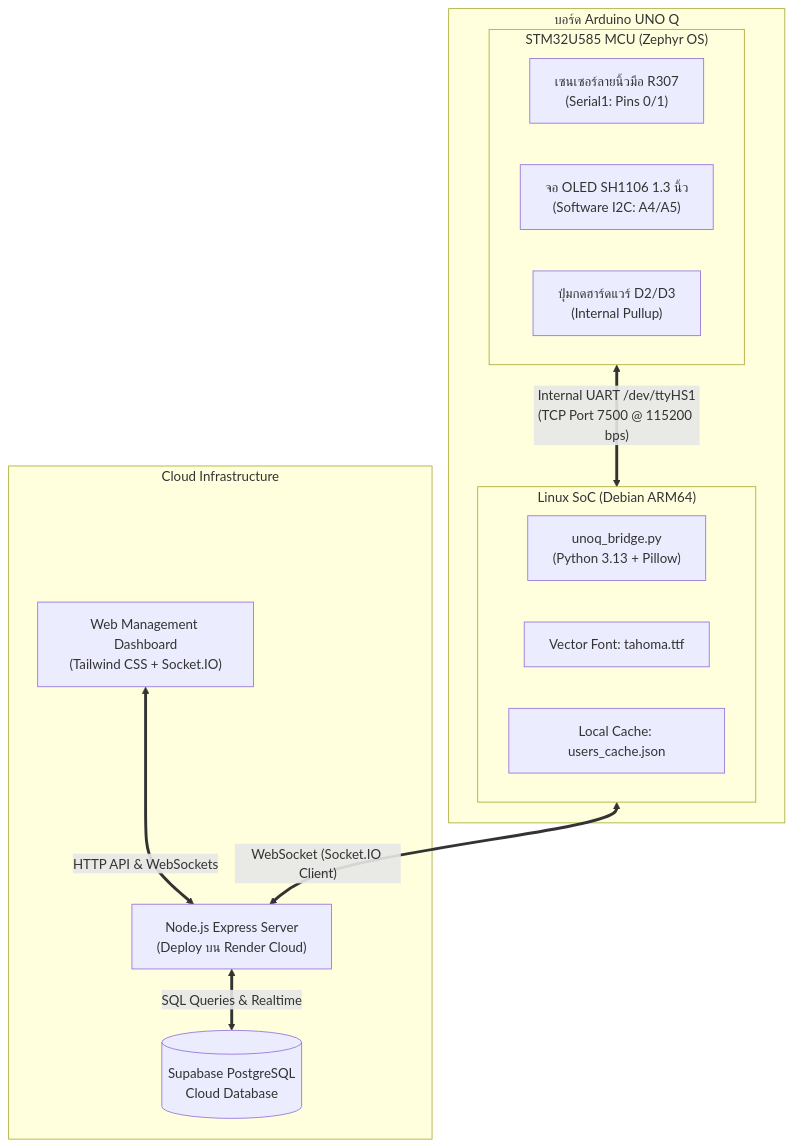
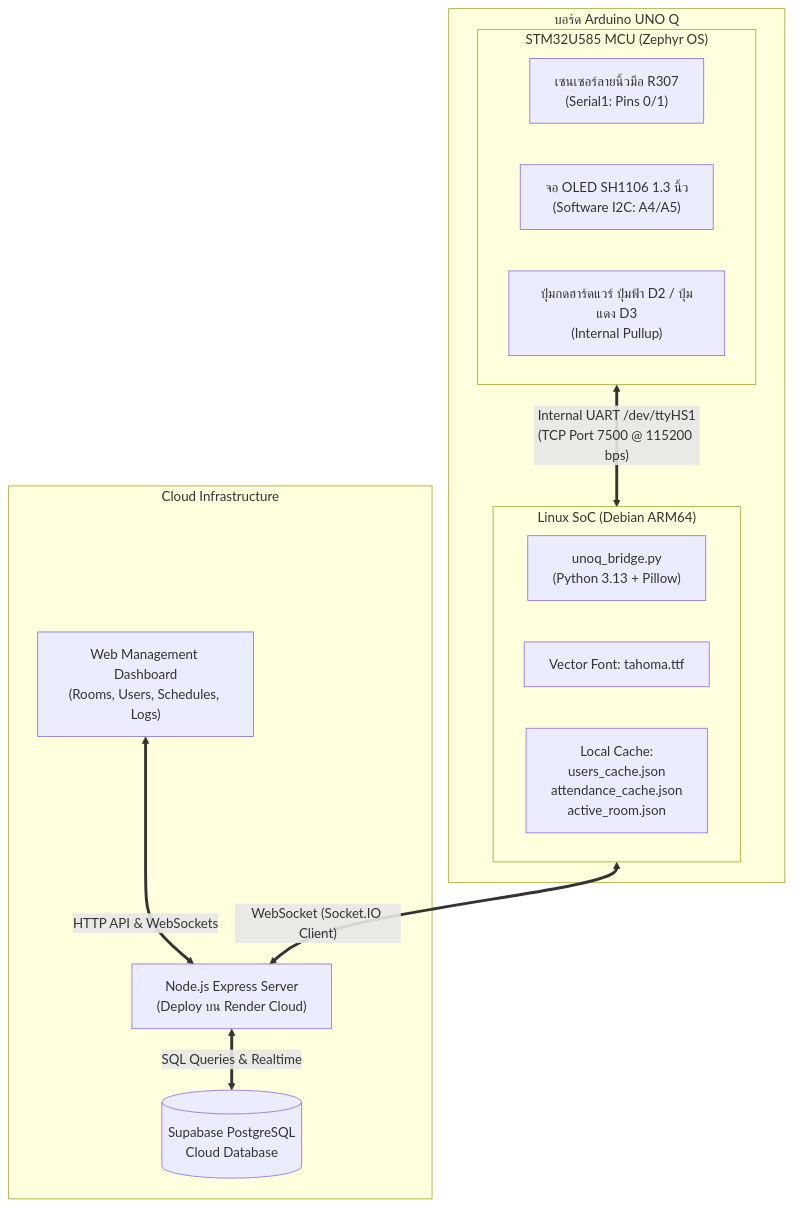
One commit to Poomwillbeprogrammer/Fingerprint changed the diagram in README.md. Above: the diagram before and after it, drawn with Mermaid. The commit also changed other lines of this file and 2 other files, not shown here.

Commit message:
docs: update README, DECISIONS, and SCRATCHPAD with multi-room, button colors, and idle screen fixes

````diff
--- a/README.md
+++ b/README.md
@@ -35,28 +45,28 @@
 ```mermaid
 flowchart TD
     subgraph Arduino_UNO_Q ["บอร์ด Arduino UNO Q"]
         subgraph STM32 ["STM32U585 MCU (Zephyr OS)"]
             R307["เซนเซอร์ลายนิ้วมือ R307<br/>(Serial1: Pins 0/1)"]
             OLED["จอ OLED SH1106 1.3 นิ้ว<br/>(Software I2C: A4/A5)"]
-            BTN["ปุ่มกดฮาร์ดแวร์ D2/D3<br/>(Internal Pullup)"]
+            BTN["ปุ่มกดฮาร์ดแวร์ ปุ่มฟ้า D2 / ปุ่มแดง D3<br/>(Internal Pullup)"]
         end
 
         subgraph Linux_SoC ["Linux SoC (Debian ARM64)"]
             Bridge["unoq_bridge.py<br/>(Python 3.13 + Pillow)"]
             Font["Vector Font: tahoma.ttf"]
-            LocalCache["Local Cache: users_cache.json"]
+            LocalCache["Local Cache:<br/>users_cache.json<br/>attendance_cache.json<br/>active_room.json"]
         end
 
         STM32 <== "Internal UART /dev/ttyHS1<br/>(TCP Port 7500 @ 115200 bps)" ==> Linux_SoC
     end
 
     subgraph Cloud ["Cloud Infrastructure"]
         Server["Node.js Express Server<br/>(Deploy บน Render Cloud)"]
         DB[(Supabase PostgreSQL<br/>Cloud Database)]
-        WebUI["Web Management Dashboard<br/>(Tailwind CSS + Socket.IO)"]
+        WebUI["Web Management Dashboard<br/>(Rooms, Users, Schedules, Logs)"]
     end
 
     Linux_SoC <== "WebSocket (Socket.IO Client)" ==> Server
     Server <== "SQL Queries & Realtime" ==> DB
     WebUI <== "HTTP API & WebSockets" ==> Server
 ```
````
